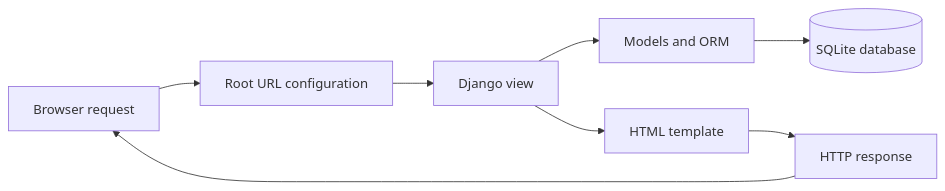
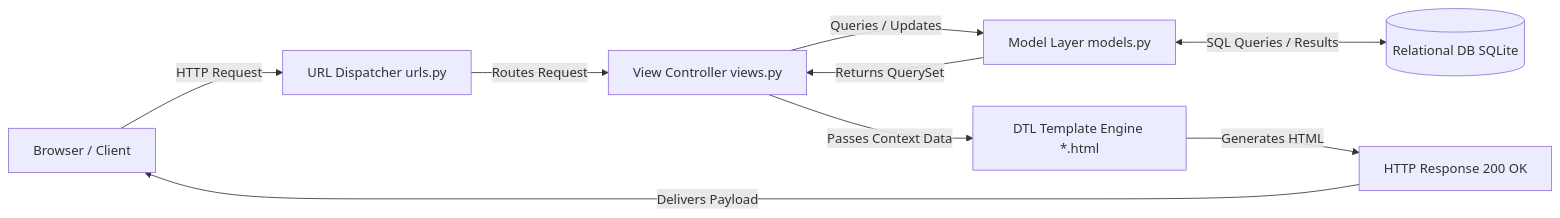
Before and after one commit to kaali7/RealEstate: the first of 2 diagrams in doc/manish_doc.md, drawn with Mermaid. The commit also changed other lines of this file and 3 other files, not shown here.

````diff
--- a/doc/manish_doc.md
+++ b/doc/manish_doc.md
@@ -357,10 +699,11 @@
 ```mermaid
 flowchart LR
-    Browser[Browser request] --> URLs[Root URL configuration]
-    URLs --> View[Django view]
-    View --> Model[Models and ORM]
-    Model --> DB[(SQLite database)]
-    View --> Template[HTML template]
-    Template --> Response[HTTP response]
-    Response --> Browser
+    Client[Browser / Client] -->|HTTP Request| URLConf[URL Dispatcher urls.py]
+    URLConf -->|Routes Request| View[View Controller views.py]
+    View -->|Queries / Updates| Model[Model Layer models.py]
+    Model <-->|SQL Queries / Results| DB[(Relational DB SQLite)]
+    Model -->|Returns QuerySet| View
+    View -->|Passes Context Data| Template[DTL Template Engine *.html]
+    Template -->|Generates HTML| Response[HTTP Response 200 OK]
+    Response -->|Delivers Payload| Client
 ```
````
